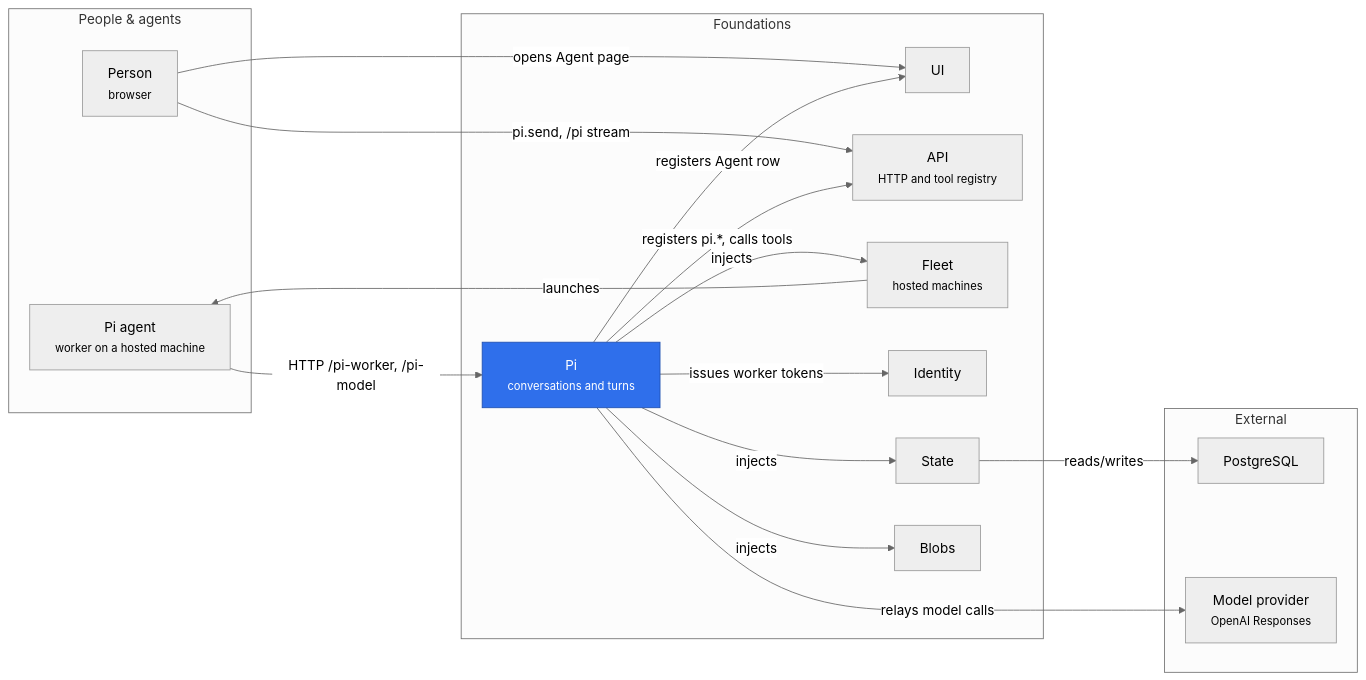
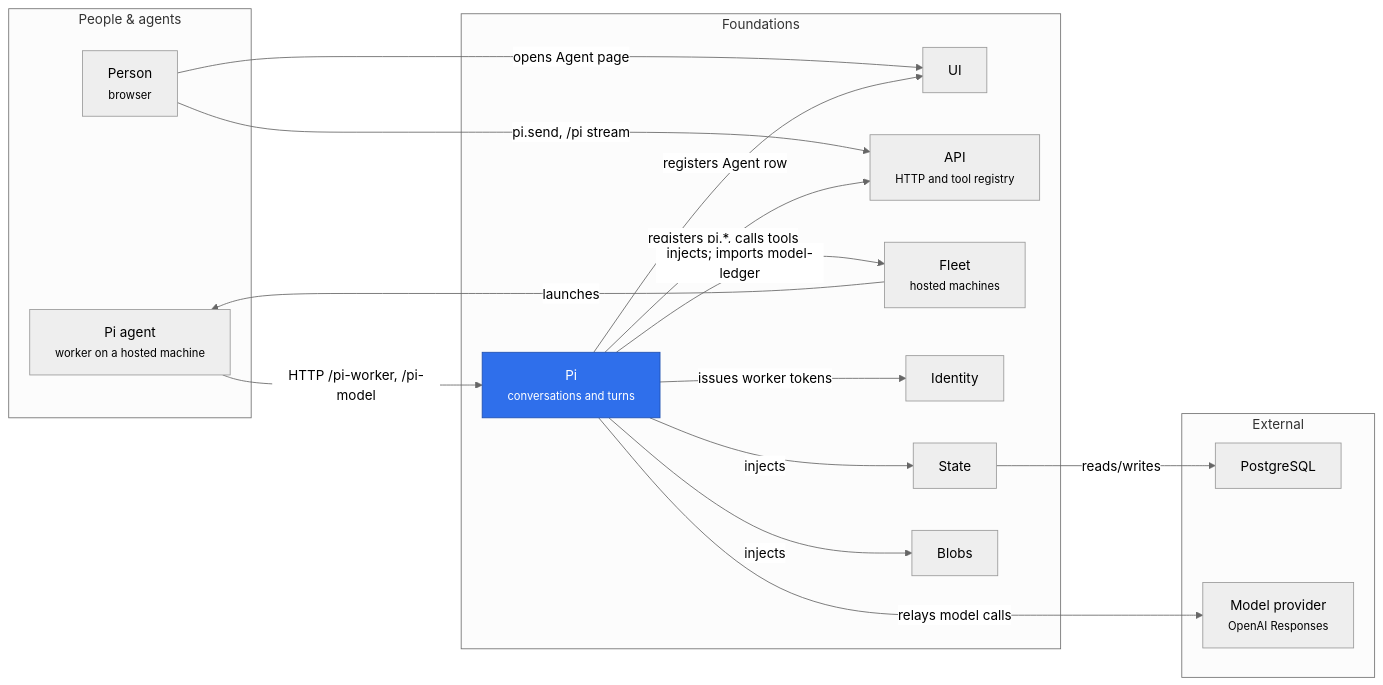
One commit to rapidreview-io/Merv changed the diagram in merv-typescript/packages/pi/README.md. Above: the diagram before and after it, drawn with Mermaid (neutral theme). The commit also changed 13 other files, not shown here.

First line of the commit message:
Move the model token ledger from Contracts into Fleet

````diff
--- a/merv-typescript/packages/pi/README.md
+++ b/merv-typescript/packages/pi/README.md
@@ -7,34 +7,34 @@
 ```mermaid
 flowchart LR
   subgraph people["People & agents"]
     person["Person<br/><small>browser</small>"]
     piWorker["Pi agent<br/><small>worker on a hosted machine</small>"]
   end
   subgraph foundations["Foundations"]
     pi["Pi<br/><small>conversations and turns</small>"]
     ui[UI]
     api["API<br/><small>HTTP and tool registry</small>"]
     fleet["Fleet<br/><small>hosted machines</small>"]
     identity[Identity]
     state[State]
     blobs[Blobs]
   end
   subgraph external["External"]
     postgres[PostgreSQL]
     model["Model provider<br/><small>OpenAI Responses</small>"]
   end
   person -- "opens Agent page" --> ui
   person -- "pi.send, /pi stream" --> api
   pi -- "registers Agent row" --> ui
   pi -- "registers pi.*, calls tools" --> api
-  pi -- "injects" --> fleet
+  pi -- "injects; imports model-ledger" --> fleet
   fleet -- "launches" --> piWorker
   piWorker -- "HTTP /pi-worker, /pi-model" --> pi
   pi -- "relays model calls" --> model
   pi -- "issues worker tokens" --> identity
   pi -- "injects" --> blobs
   pi -- "injects" --> state
   state -- "reads/writes" --> postgres
   classDef self fill:#2f6feb,color:#fff,stroke:#1f4fb0
   class pi self
 ```
````
